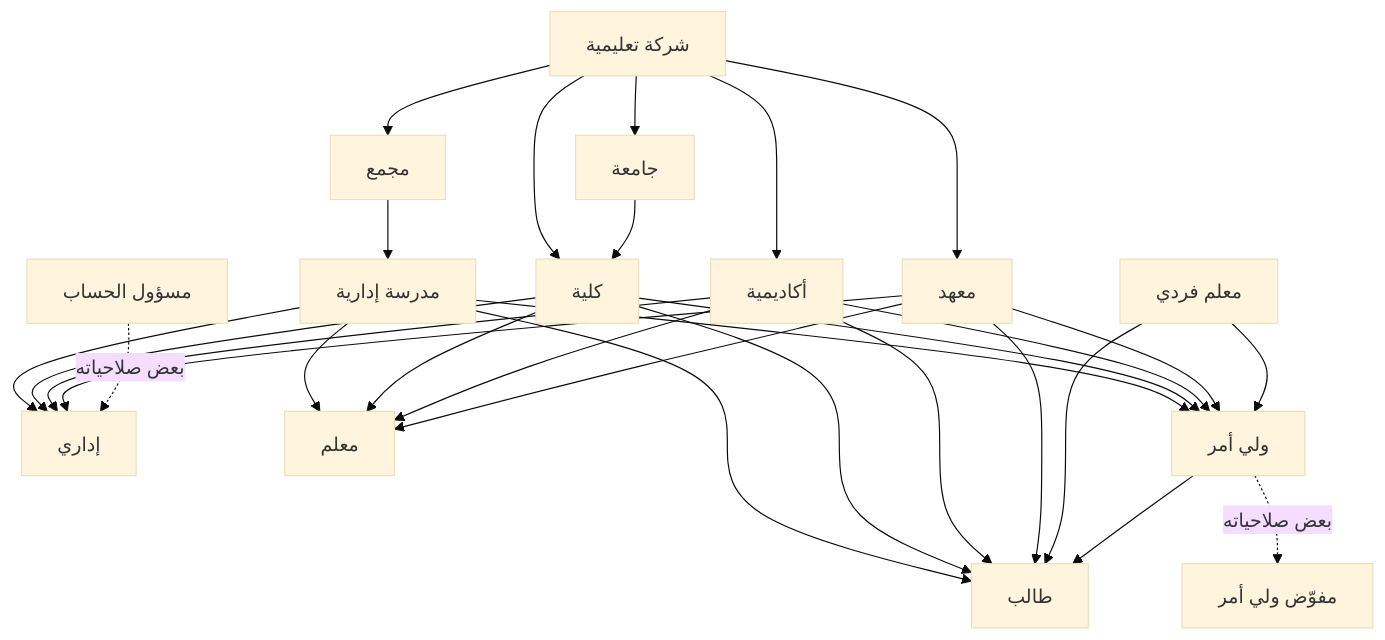
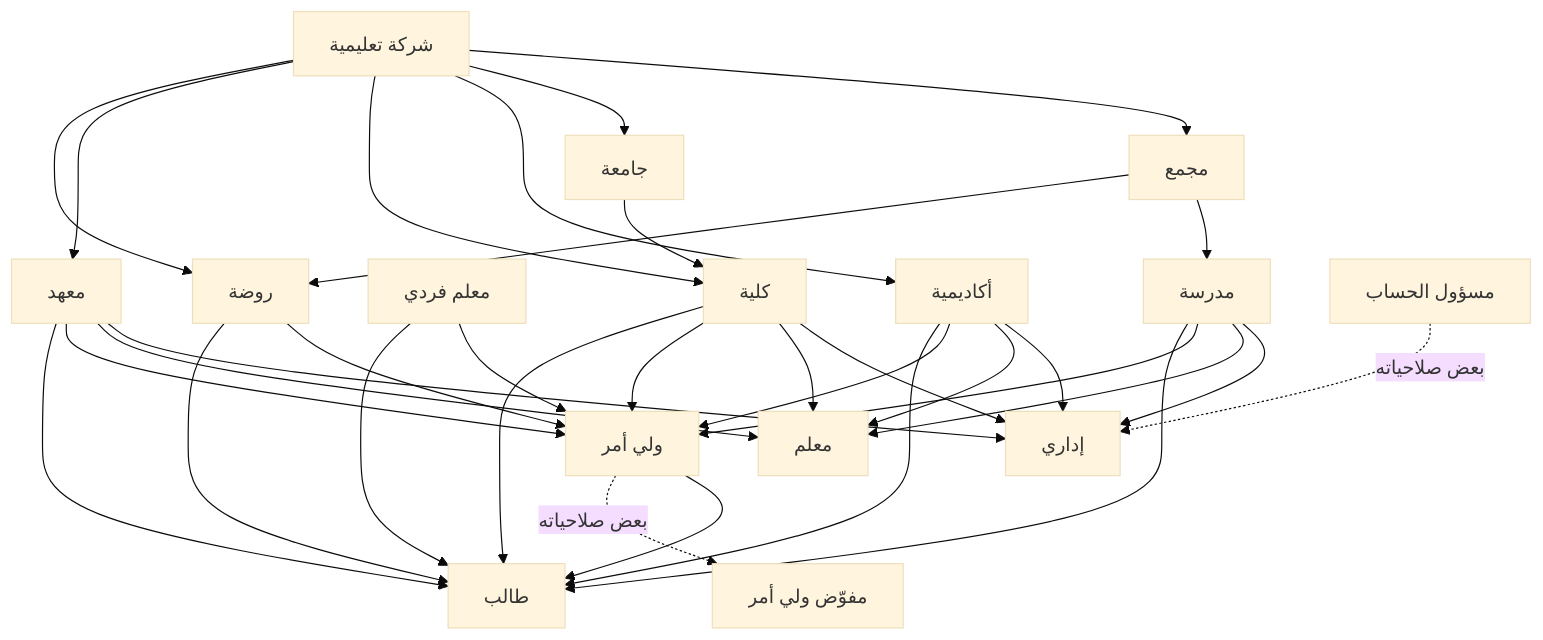
One commit to TahdirIT/okta-docs changed the diagram in docs/roles-and-entities/role-hierarchy.md. Above: the diagram before and after it, drawn with Mermaid (base theme). The commit also changed other lines of this file and 4 other files, not shown here.

First line of the commit message:
docs(roles-and-entities): rename school->مدرسة, add روضة entity, add role-scopes

````diff
--- a/docs/roles-and-entities/role-hierarchy.md
+++ b/docs/roles-and-entities/role-hierarchy.md
@@ -62,57 +64,63 @@
 ```mermaid
 graph TD
   COMPANY["شركة تعليمية"]
   COMPLEX["مجمع"]
   UNI["جامعة"]
   ACADEMY["أكاديمية"]
   INSTITUTE["معهد"]
   SOLO["معلم فردي"]
-  SCHOOL["مدرسة إدارية"]
+  SCHOOL["مدرسة"]
+  KINDER["روضة"]
   COLLEGE["كلية"]
   OWNER["مسؤول الحساب"]
   ADMIN["إداري"]
   TEACHER["معلم"]
   GUARDIAN["ولي أمر"]
   DELEGATE["مفوّض ولي أمر"]
   STUDENT["طالب"]
 
   %% احتواء الكيانات
   COMPANY --> COMPLEX
   COMPANY --> UNI
   COMPANY --> ACADEMY
   COMPANY --> COLLEGE
   COMPANY --> INSTITUTE
+  COMPANY --> KINDER
   COMPLEX --> SCHOOL
+  COMPLEX --> KINDER
   UNI --> COLLEGE
 
   %% الجهات التشغيلية تدير المستخدمين
   SCHOOL --> ADMIN
   SCHOOL --> TEACHER
   SCHOOL --> GUARDIAN
   SCHOOL --> STUDENT
+
+  KINDER --> GUARDIAN
+  KINDER --> STUDENT
 
   COLLEGE --> ADMIN
   COLLEGE --> TEACHER
   COLLEGE --> GUARDIAN
   COLLEGE --> STUDENT
 
   ACADEMY --> ADMIN
   ACADEMY --> TEACHER
   ACADEMY --> GUARDIAN
   ACADEMY --> STUDENT
 
   INSTITUTE --> ADMIN
   INSTITUTE --> TEACHER
   INSTITUTE --> GUARDIAN
   INSTITUTE --> STUDENT
 
   SOLO --> GUARDIAN
   SOLO --> STUDENT
 
   %% داخل الأدوار
   GUARDIAN --> STUDENT
 
   %% اشتقاق الأدوار بتفويض جزء من الصلاحيات
   OWNER -.->|بعض صلاحياته| ADMIN
   GUARDIAN -.->|بعض صلاحياته| DELEGATE
 ```
````
